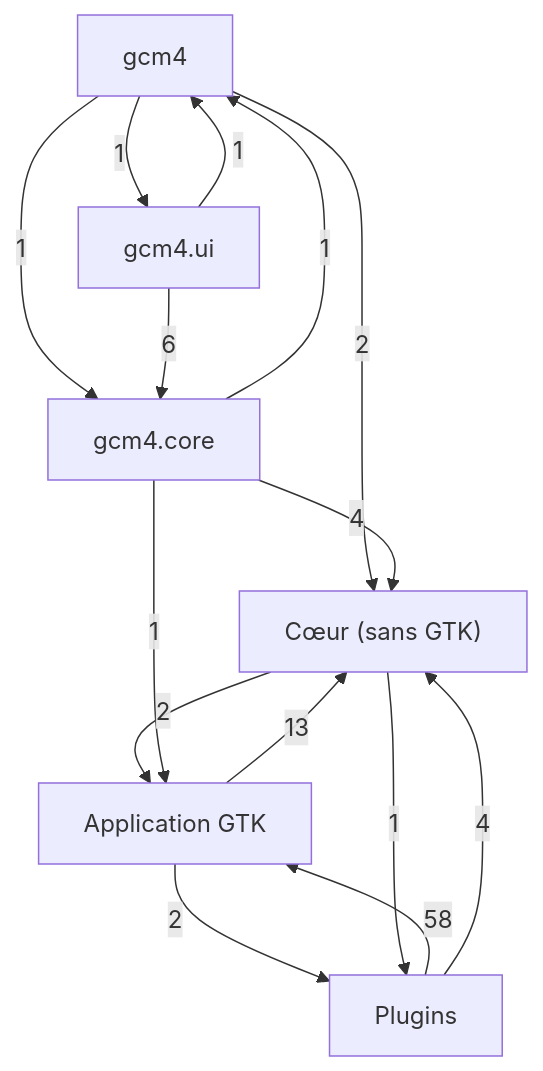
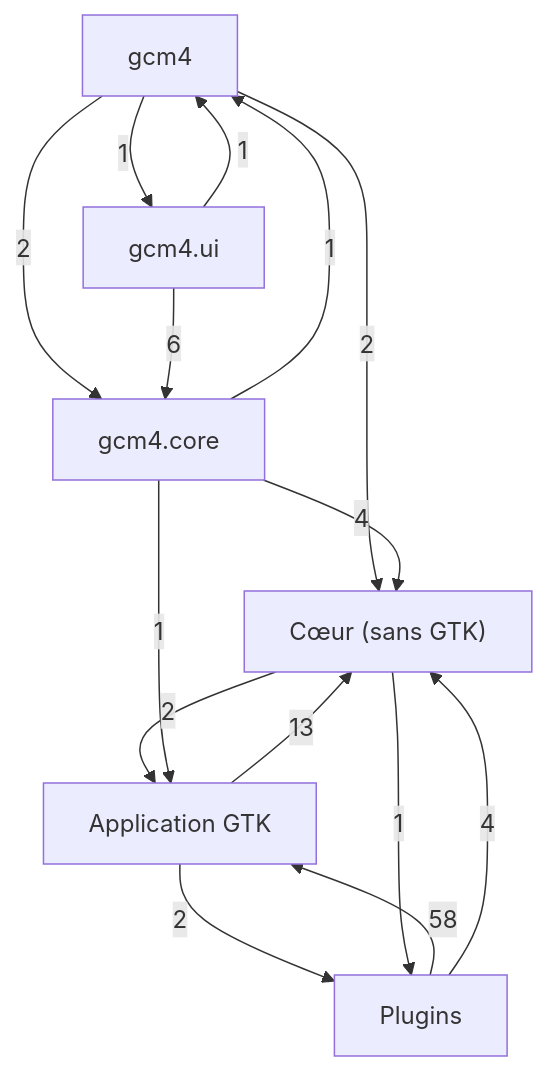
The first of 7 diagrams in docs/class-diagram.md (Mathide-Team/Gcm4), drawn with Mermaid before and after one commit. The commit also changed other lines of this file and 15 other files, not shown here.

````diff
--- a/docs/class-diagram.md
+++ b/docs/class-diagram.md
@@ -21,23 +21,23 @@
 ```mermaid
 flowchart TD
     g0["Cœur (sans GTK)"]
     g1["Application GTK"]
     g2["Plugins"]
     g3["gcm4"]
     g4["gcm4.core"]
     g5["gcm4.ui"]
     g1 -->|13| g0
     g1 -->|2| g2
     g0 -->|2| g1
     g0 -->|1| g2
     g2 -->|58| g1
     g2 -->|4| g0
     g3 -->|2| g0
-    g3 -->|1| g4
+    g3 -->|2| g4
     g3 -->|1| g5
     g4 -->|1| g1
     g4 -->|4| g0
     g4 -->|1| g3
     g5 -->|1| g3
     g5 -->|6| g4
 ```
````
